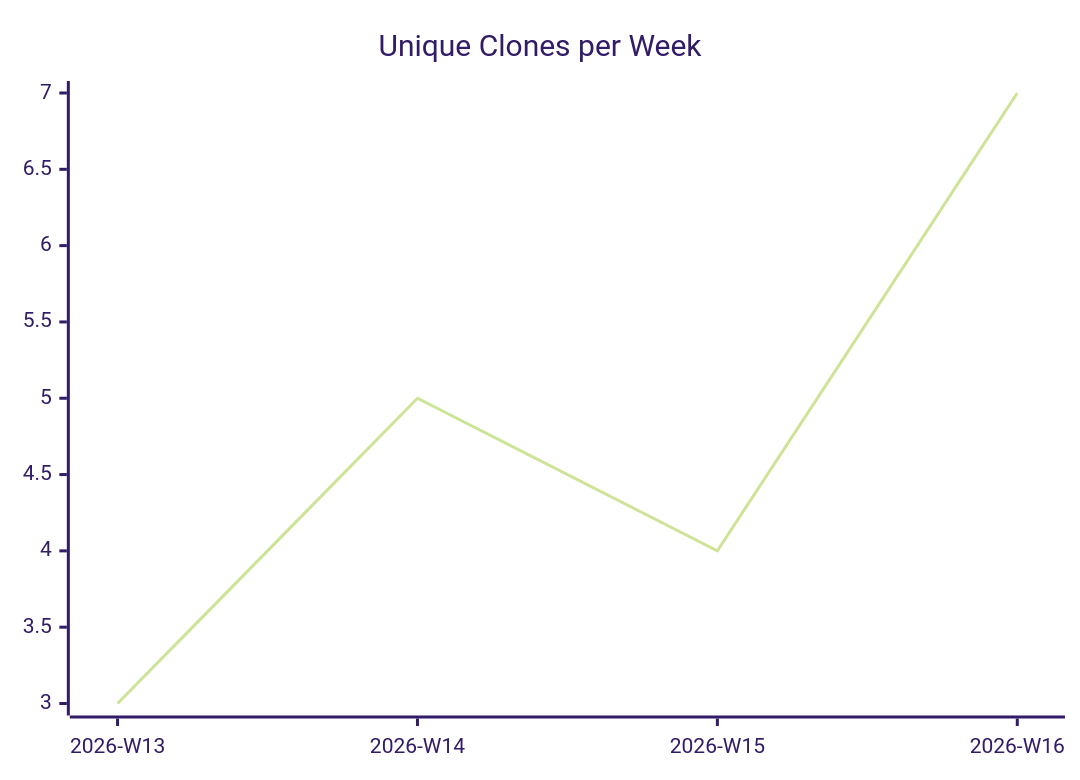
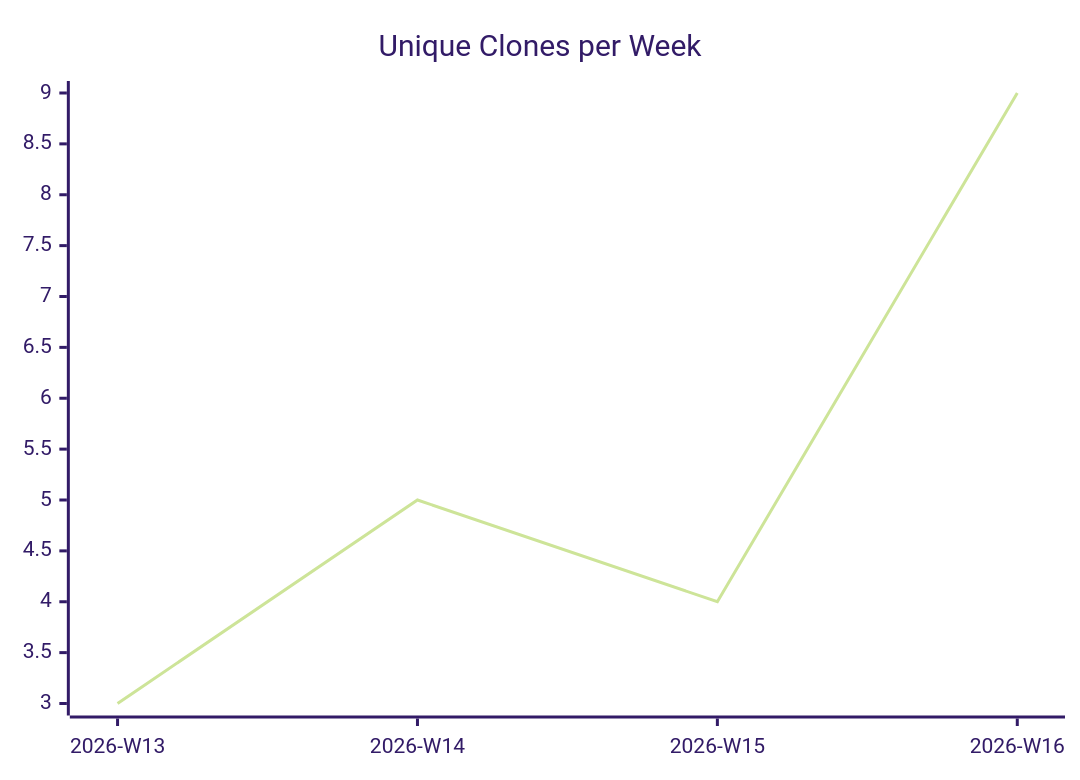
Before and after one commit to justdavis-family/github-analytics-data: the third of 3 diagrams in karlmdavis/dotfiles/README.md, drawn with Mermaid (forest theme). The commit also changed other lines of this file and 190 other files, not shown here.

````diff
--- a/karlmdavis/dotfiles/README.md
+++ b/karlmdavis/dotfiles/README.md
@@ -19,6 +19,6 @@
 ```mermaid
 xychart-beta
   title "Unique Clones per Week"
   x-axis ["2026-W13", "2026-W14", "2026-W15", "2026-W16"]
-  line [3, 5, 4, 7]
+  line [3, 5, 4, 9]
 ```
````
